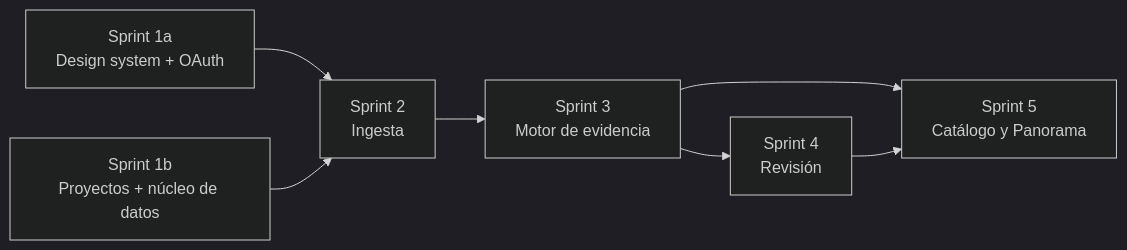
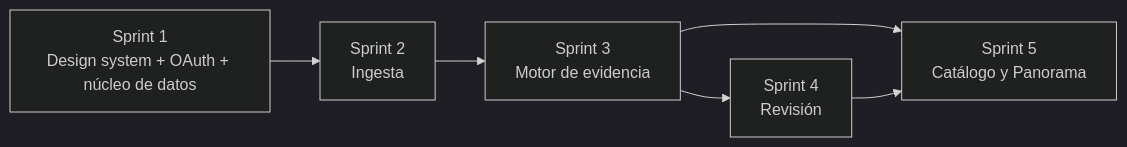
Before and after one commit to riverbonilla1504/rosseta-project: the diagram in docs/01-producto/05-roadmap-y-sprints.md, drawn with Mermaid (dark theme). The commit also changed other lines of this file and 125 other files, not shown here.

````diff
--- a/docs/01-producto/05-roadmap-y-sprints.md
+++ b/docs/01-producto/05-roadmap-y-sprints.md
@@ -40,9 +40,8 @@
 ```mermaid
 flowchart LR
-    S1a[Sprint 1a<br/>Design system + OAuth] --> S2
-    S1b[Sprint 1b<br/>Proyectos + núcleo de datos] --> S2[Sprint 2<br/>Ingesta]
+    S1[Sprint 1<br/>Design system + OAuth + núcleo de datos] --> S2[Sprint 2<br/>Ingesta]
     S2 --> S3[Sprint 3<br/>Motor de evidencia]
     S3 --> S4[Sprint 4<br/>Revisión]
     S3 --> S5[Sprint 5<br/>Catálogo y Panorama]
     S4 --> S5
 ```
````
